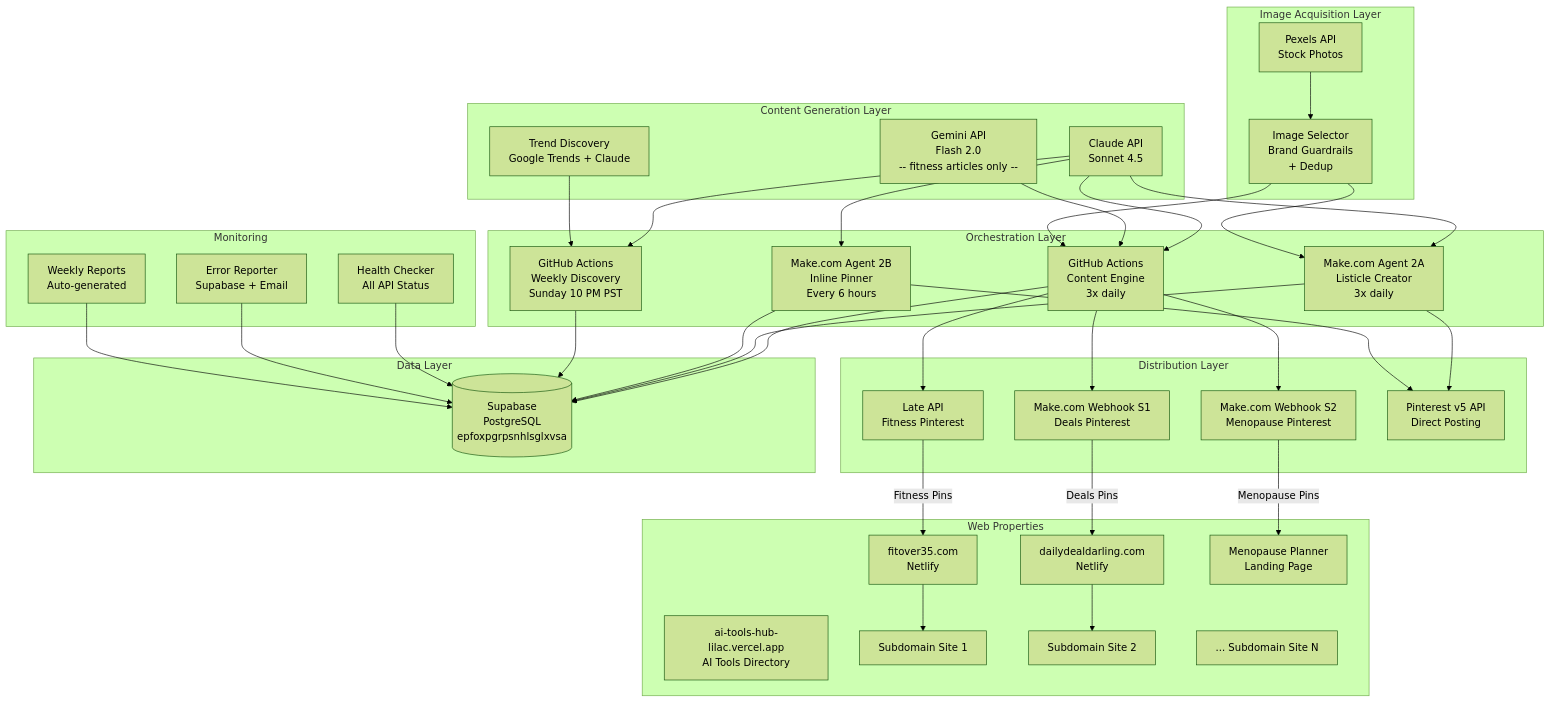
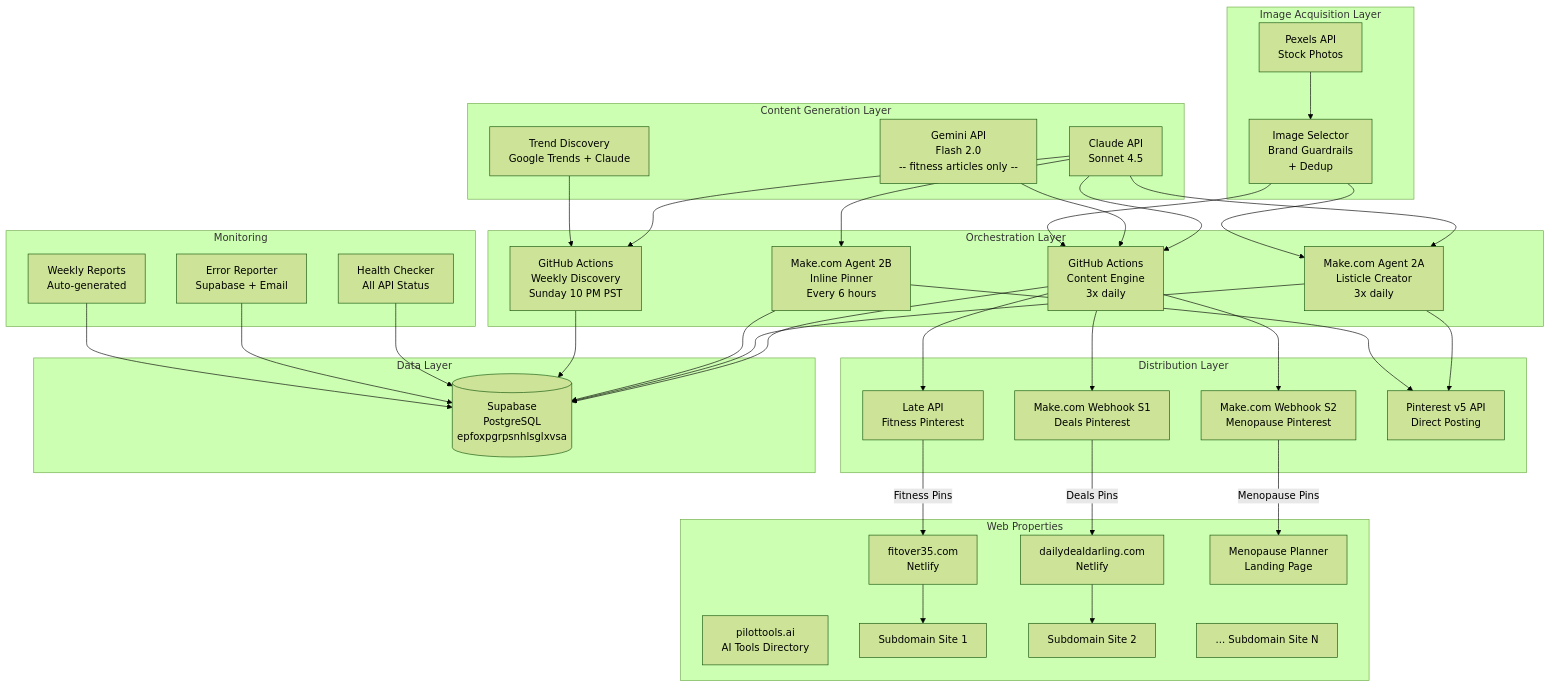
One commit to talhahbilal1-arch/social-media-empire changed the first of 5 diagrams in outputs/documentation/system_architecture.md. Above: the diagram before and after it, drawn with Mermaid (forest theme). The commit also changed other lines of this file and 23 other files, not shown here.

```diff
--- a/outputs/documentation/system_architecture.md
+++ b/outputs/documentation/system_architecture.md
@@ -60,7 +60,7 @@
         FIT[fitover35.com\nNetlify]
         DDD[dailydealdarling.com\nNetlify]
         MENO[Menopause Planner\nLanding Page]
-        TOOL[ai-tools-hub-lilac.vercel.app\nAI Tools Directory]
+        TOOL[pilottools.ai\nAI Tools Directory]
         SUB1[Subdomain Site 1]
         SUB2[Subdomain Site 2]
         SUBN[... Subdomain Site N]
```
